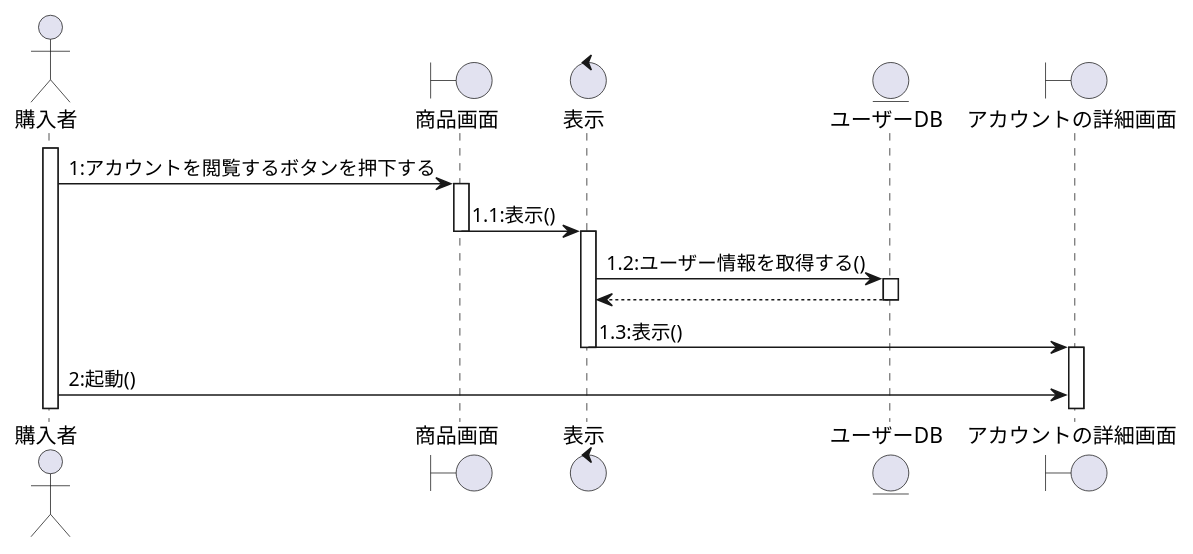
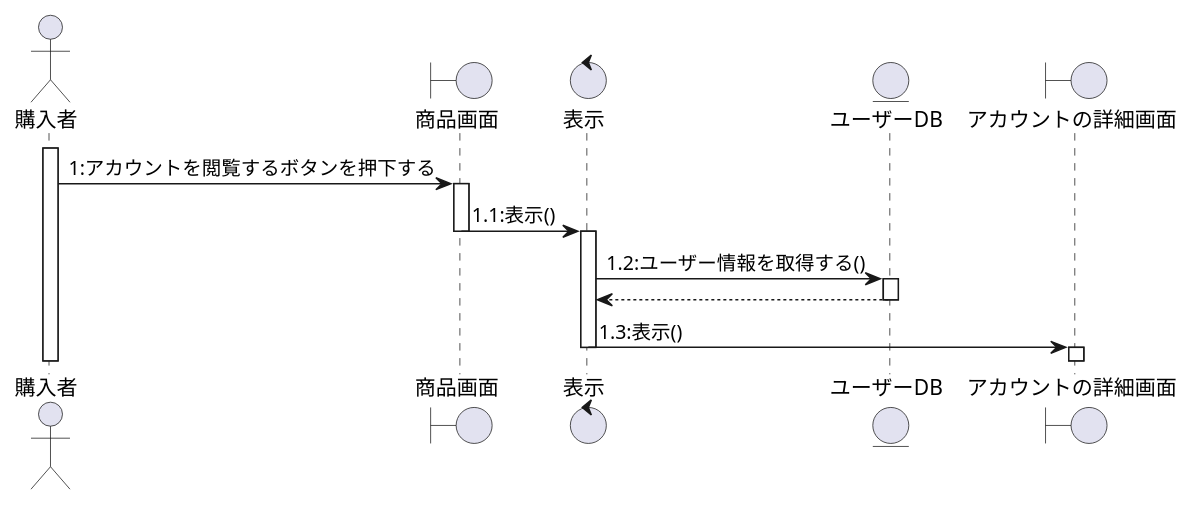
Before and after one commit to T-kouki/local-vege-link: the diagram in シーケンス_購入者/アカウント閲覧.puml, drawn with PlantUML. The commit also changed 4 other files, not shown here.

```diff
--- a/シーケンス_購入者/アカウント閲覧.puml
+++ b/シーケンス_購入者/アカウント閲覧.puml
@@ -1,25 +1,25 @@
 @startuml
 
 actor 購入者
 boundary 商品画面
 control 表示
 entity ユーザーDB
 boundary アカウントの詳細画面
 
 activate 購入者
 購入者 -> 商品画面: 1:アカウントを閲覧するボタンを押下する
 activate 商品画面
 商品画面 -> 表示: 1.1:表示()
 deactivate 商品画面
 activate 表示
 表示 -> ユーザーDB:1.2:ユーザー情報を取得する()
 activate ユーザーDB
 ユーザーDB --> 表示:
 deactivate ユーザーDB
 表示 -> アカウントの詳細画面:1.3:表示()
 deactivate 表示
 activate アカウントの詳細画面
-購入者 -> アカウントの詳細画面:2:起動()
+
 
 
 @enduml
```
